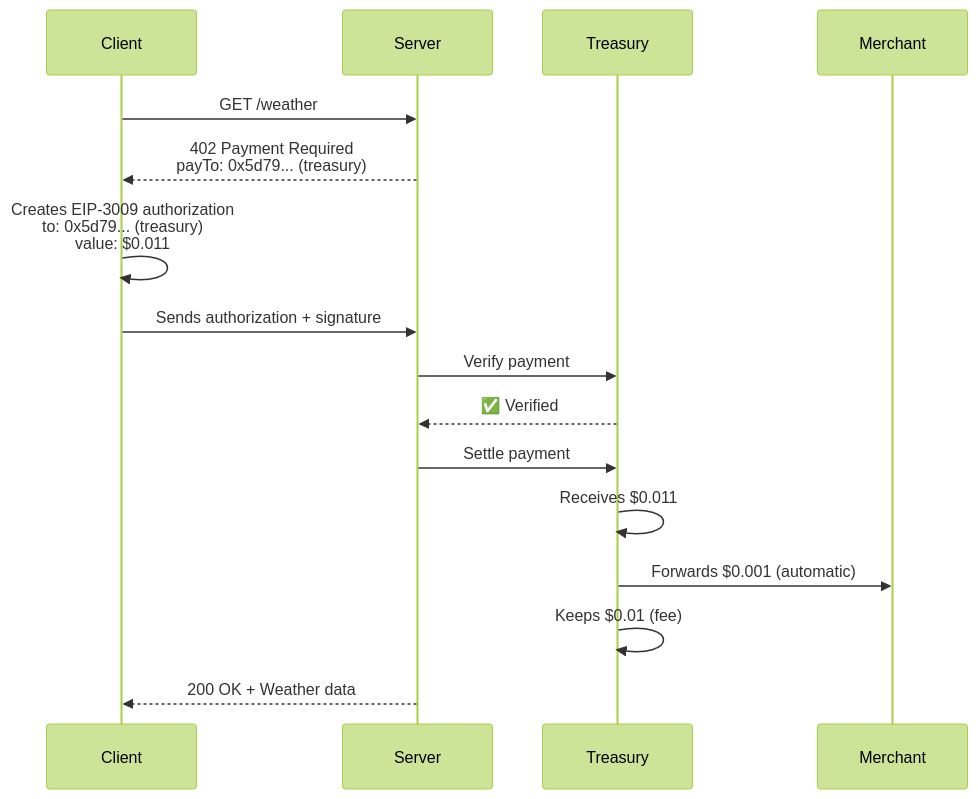
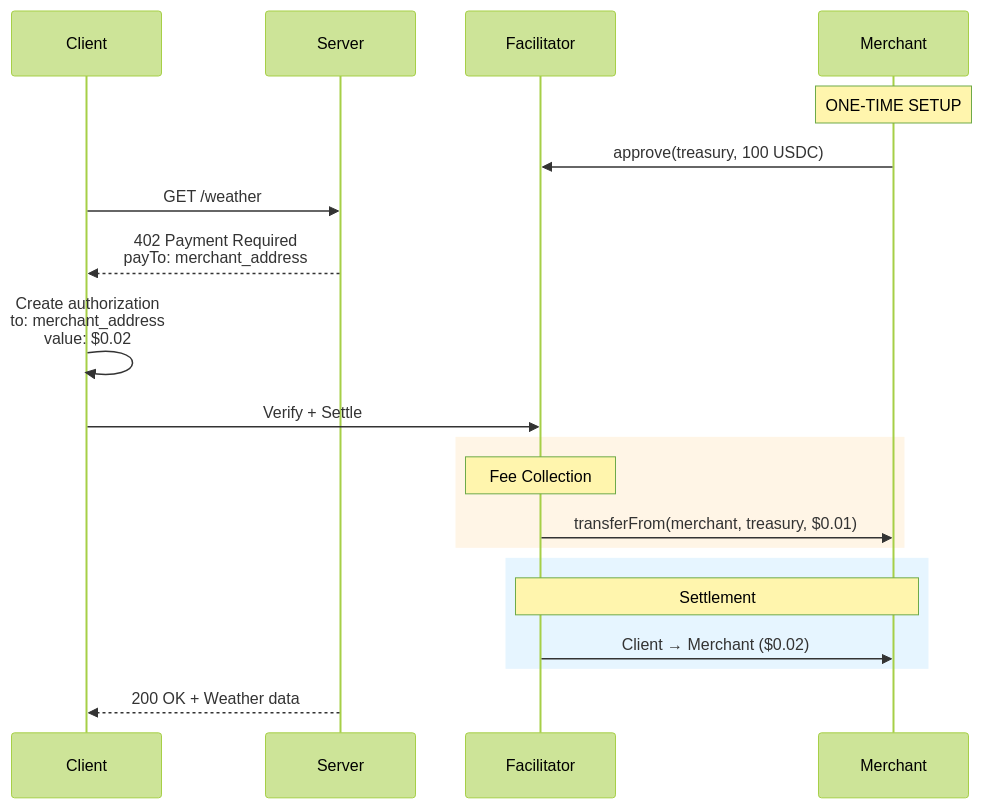
One commit to cascadingGeek/docs changed the diagram in index.mdx. Above: the diagram before and after it, drawn with Mermaid (forest theme). The commit also changed other lines of this file and 9 other files, not shown here.

Commit message:
--fix: update docs to reflect new payment flow

````diff
--- a/index.mdx
+++ b/index.mdx
@@ -155,23 +179,29 @@
 ```mermaid
 sequenceDiagram
     participant Client
     participant Server
-    participant Treasury
+    participant Facilitator
     participant Merchant
 
+    Note over Merchant: ONE-TIME SETUP
+    Merchant->>Facilitator: approve(treasury, 100 USDC)
+    
     Client->>Server: GET /weather
-    Server-->>Client: 402 Payment Required<br/>payTo: 0x5d79... (treasury)
+    Server-->>Client: 402 Payment Required<br/>payTo: merchant_address
     
-    Client->>Client: Creates EIP-3009 authorization<br/>to: 0x5d79... (treasury)<br/>value: $0.011
+    Client->>Client: Create authorization<br/>to: merchant_address<br/>value: $0.02
     
-    Client->>Server: Sends authorization + signature
-    Server->>Treasury: Verify payment
-    Treasury-->>Server: ✅ Verified
+    Client->>Facilitator: Verify + Settle
     
-    Server->>Treasury: Settle payment
-    Treasury->>Treasury: Receives $0.011
-    Treasury->>Merchant: Forwards $0.001 (automatic)
-    Treasury->>Treasury: Keeps $0.01 (fee)
+    rect rgb(255, 245, 230)
+        Note over Facilitator: Fee Collection
+        Facilitator->>Merchant: transferFrom(merchant, treasury, $0.01)
+    end
+    
+    rect rgb(230, 245, 255)
+        Note over Facilitator,Merchant: Settlement
+        Facilitator->>Merchant: Client → Merchant ($0.02)
+    end
     
     Server-->>Client: 200 OK + Weather data
 ```
````
